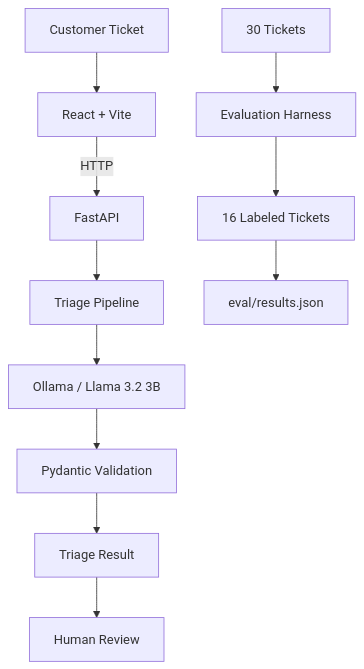
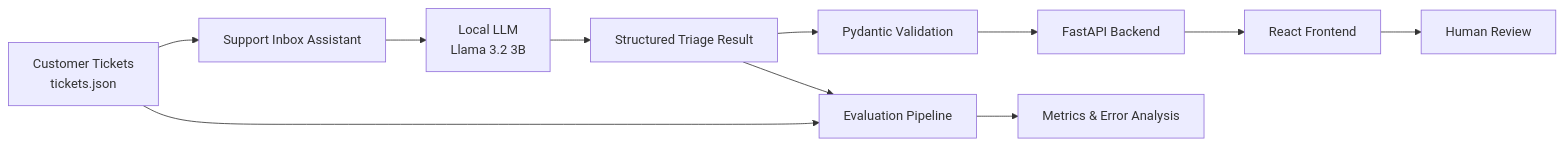
Before and after one commit to AyaEbrahim01/support-inbox-assistant: the diagram in README.md, drawn with Mermaid. The commit also changed other lines of this file, not shown here.

````diff
--- a/README.md
+++ b/README.md
@@ -18,14 +40,14 @@
 ```mermaid
-flowchart TD
-    A["Customer Ticket"] --> B["React + Vite"]
-    B -->|HTTP| C["FastAPI"]
-    C --> D["Triage Pipeline"]
-    D --> E["Ollama / Llama 3.2 3B"]
-    E --> F["Pydantic Validation"]
-    F --> G["Triage Result"]
-    G --> H["Human Review"]
-
-    I["30 Tickets"] --> J["Evaluation Harness"]
-    J --> K["16 Labeled Tickets"]
-    K --> L["eval/results.json"]
+flowchart LR
+    A[Customer Tickets<br/>tickets.json] --> B[Support Inbox Assistant]
+    B --> C[Local LLM<br/>Llama 3.2 3B]
+    C --> D[Structured Triage Result]
+    D --> E[Pydantic Validation]
+    E --> F[FastAPI Backend]
+    F --> G[React Frontend]
+    G --> H[Human Review]
+    
+    A --> I[Evaluation Pipeline]
+    D --> I
+    I --> J[Metrics & Error Analysis]
 ```
````
